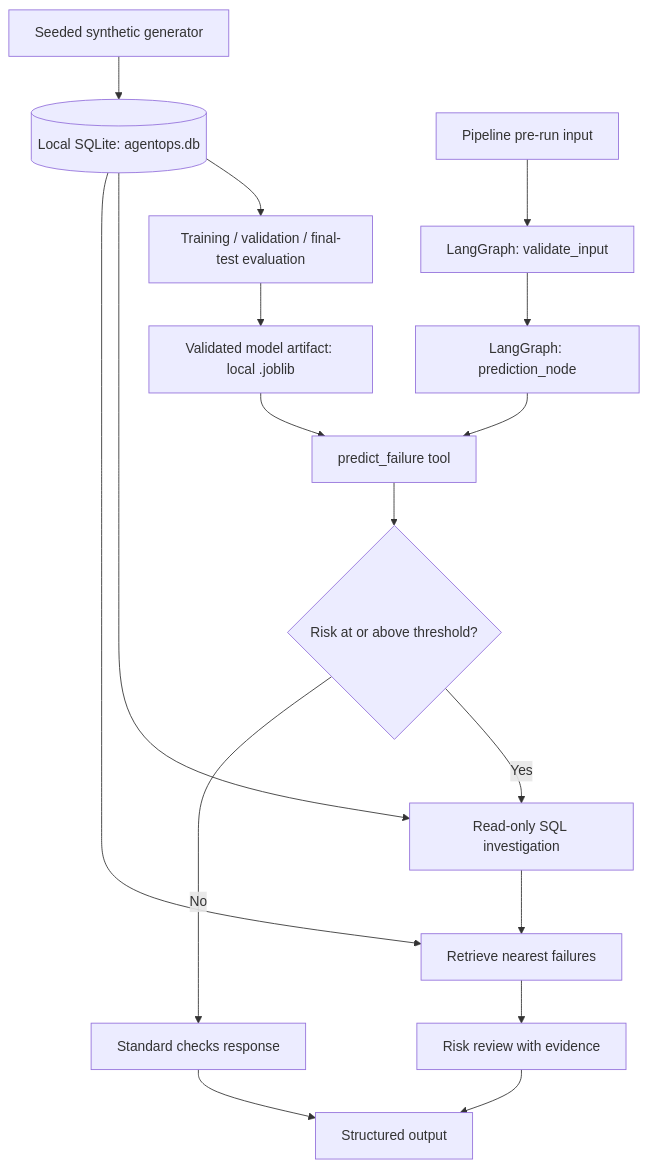
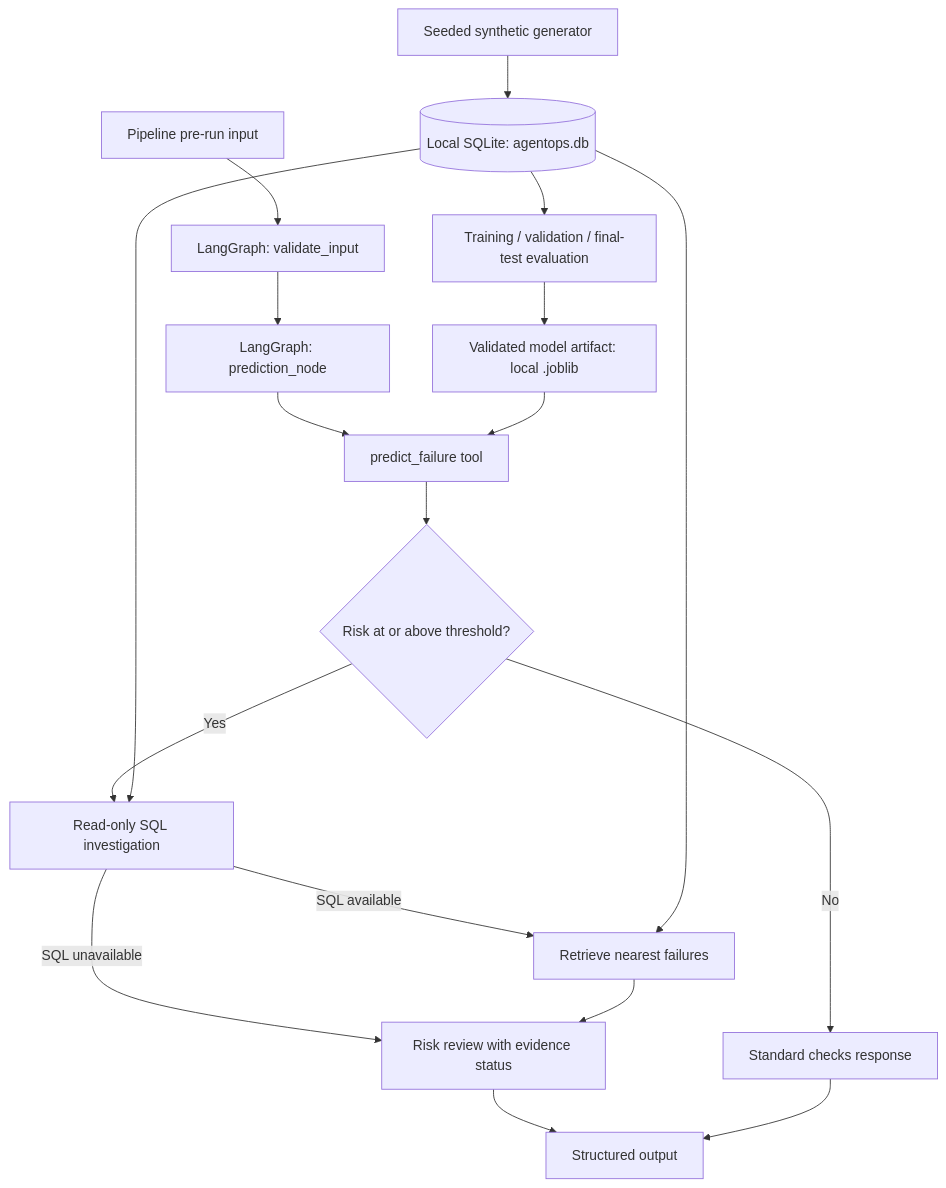
One commit to AimanManzoor/agentops-intelligence-lab changed the diagram in README.md. Above: the diagram before and after it, drawn with Mermaid. The commit also changed other lines of this file and 4 other files, not shown here.

Commit message:
Handle unavailable investigation tools with explicit evidence status

````diff
--- a/README.md
+++ b/README.md
@@ -40,19 +41,20 @@
 ```mermaid
 flowchart TD
     G[Seeded synthetic generator] --> DB[(Local SQLite: agentops.db)]
     DB --> EV[Training / validation / final-test evaluation]
     EV --> M[Validated model artifact: local .joblib]
     IN[Pipeline pre-run input] --> V[LangGraph: validate_input]
     V --> P[LangGraph: prediction_node]
     P --> T[predict_failure tool]
     M --> T
     T --> R{Risk at or above threshold?}
     R -->|Yes| I[Read-only SQL investigation]
     DB --> I
-    I --> S[Retrieve nearest failures]
+    I -->|SQL available| S[Retrieve nearest failures]
+    I -->|SQL unavailable| H
     DB --> S
-    S --> H[Risk review with evidence]
+    S --> H[Risk review with evidence status]
     R -->|No| L[Standard checks response]
     H --> OUT[Structured output]
     L --> OUT
 ```
````
